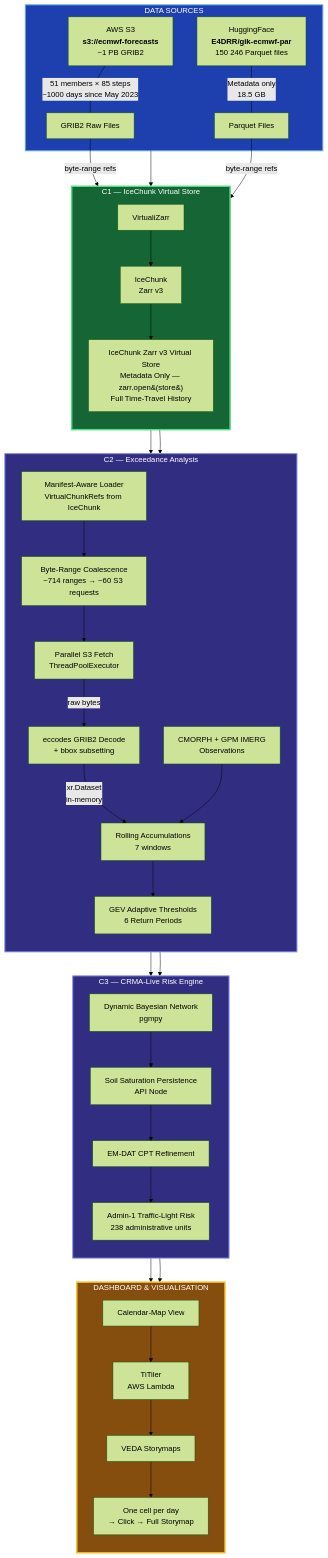
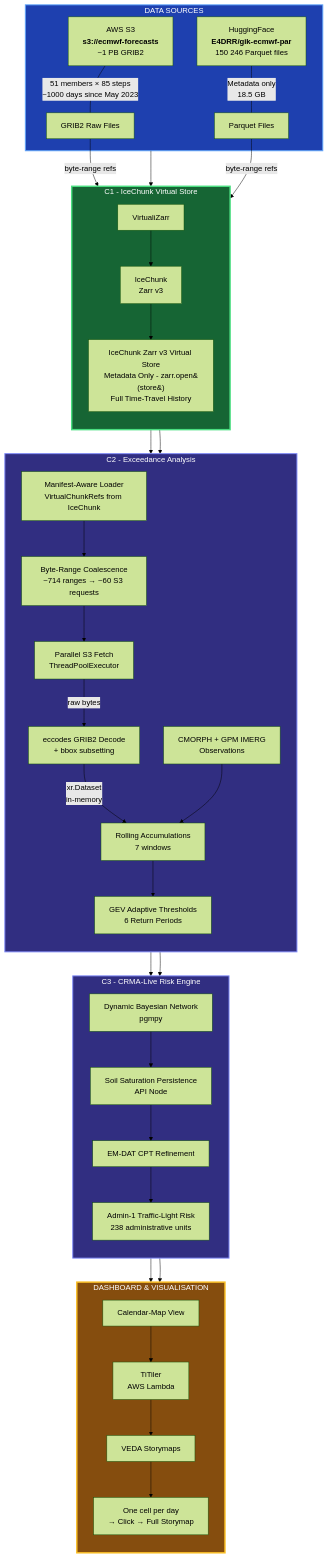
The diagram in README.md (hashirama21/gik-icechain), drawn with Mermaid (forest theme) before and after one commit. The commit also changed other lines of this file and 53 other files, not shown here.

```diff
--- a/README.md
+++ b/README.md
@@ -59,11 +59,11 @@
     end
 
     %% ==================== C1 : VIRTUAL STORE ====================
-    subgraph C1["C1 — IceChunk Virtual Store"]
+    subgraph C1["C1 - IceChunk Virtual Store"]
         direction TB
         VZ[VirtualiZarr]
         IC[IceChunk<br/>Zarr v3]
-        Store["IceChunk Zarr v3 Virtual Store<br/>Metadata Only — zarr.open&#40;store&#41;<br/>Full Time-Travel History"]
+        Store["IceChunk Zarr v3 Virtual Store<br/>Metadata Only - zarr.open&#40;store&#41;<br/>Full Time-Travel History"]
 
         GRIB & Parquet -->|"byte-range refs"| VZ
         VZ --> IC
@@ -71,7 +71,7 @@
     end
 
     %% ==================== C2 : EXCEEDANCE ====================
-    subgraph C2["C2 — Exceedance Analysis"]
+    subgraph C2["C2 - Exceedance Analysis"]
         direction TB
         Manifest["Manifest-Aware Loader<br/>VirtualChunkRefs from IceChunk"]
         Coalesce["Byte-Range Coalescence<br/>~714 ranges → ~60 S3 requests"]
@@ -91,7 +91,7 @@
     end
 
     %% ==================== C3 : CRMA-LIVE ====================
-    subgraph C3["C3 — CRMA-Live Risk Engine"]
+    subgraph C3["C3 - CRMA-Live Risk Engine"]
         direction TB
         DBN[Dynamic Bayesian Network<br/>pgmpy]
         Soil[Soil Saturation Persistence<br/>API Node]
```
